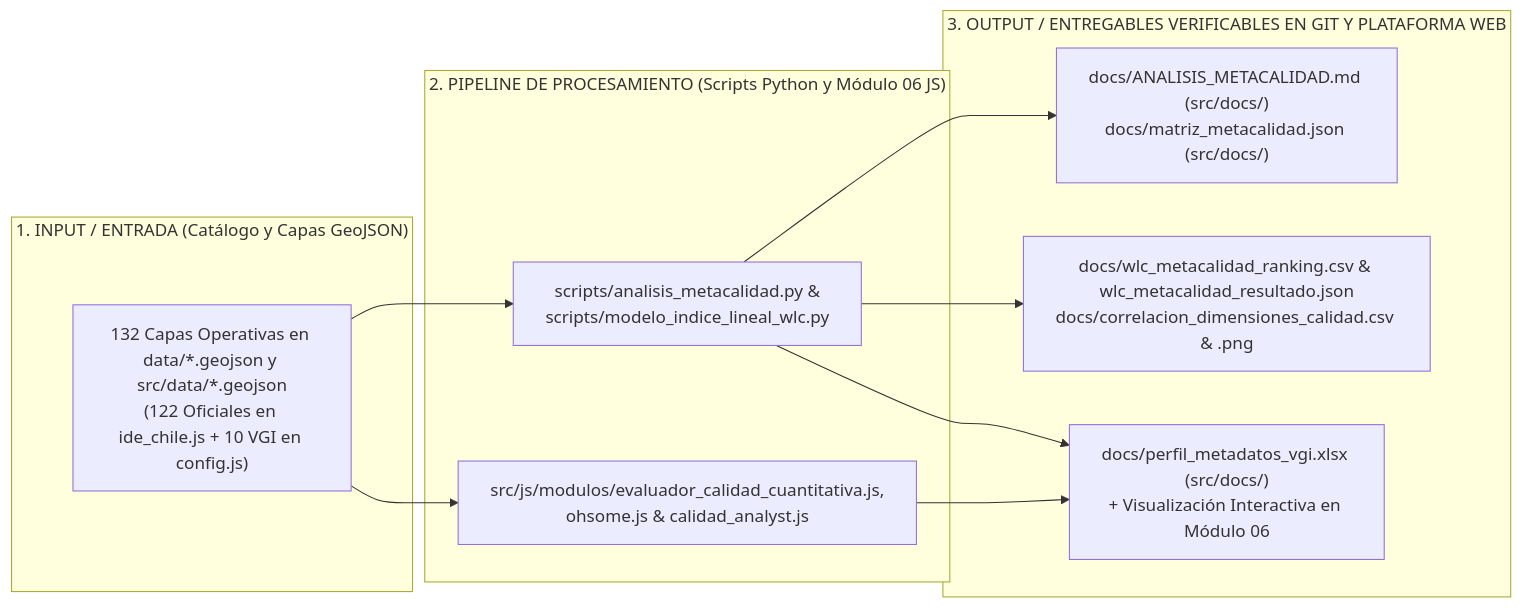
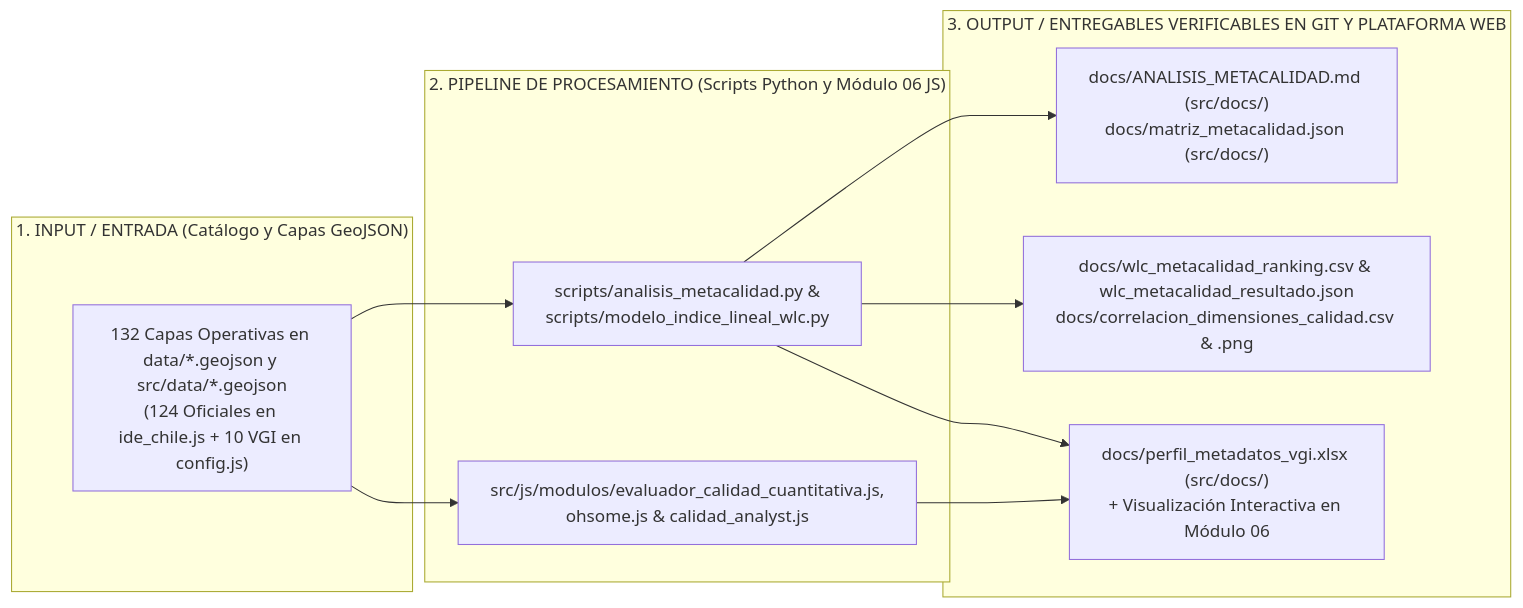
One commit to GEOJOTA/atlas_vgi_territorial changed the first of 5 diagrams in src/docs/ANALISIS_METACALIDAD.md. Above: the diagram before and after it, drawn with Mermaid. The commit also changed other lines of this file and 19 other files, not shown here.

````diff
--- a/src/docs/ANALISIS_METACALIDAD.md
+++ b/src/docs/ANALISIS_METACALIDAD.md
@@ -110,18 +110,18 @@
 ```mermaid
 flowchart LR
     subgraph IN["1. INPUT / ENTRADA (Catálogo y Capas GeoJSON)"]
-        I1["132 Capas Operativas en data/*.geojson y src/data/*.geojson<br/>(122 Oficiales en ide_chile.js + 10 VGI en config.js)"]
+        I1["132 Capas Operativas en data/*.geojson y src/data/*.geojson<br/>(124 Oficiales en ide_chile.js + 10 VGI en config.js)"]
     end
     subgraph PROC["2. PIPELINE DE PROCESAMIENTO (Scripts Python y Módulo 06 JS)"]
         P1["scripts/analisis_metacalidad.py &<br/>scripts/modelo_indice_lineal_wlc.py"]
         P2["src/js/modulos/evaluador_calidad_cuantitativa.js,<br/>ohsome.js & calidad_analyst.js"]
     end
     subgraph OUT["3. OUTPUT / ENTREGABLES VERIFICABLES EN GIT Y PLATAFORMA WEB"]
         O1["docs/ANALISIS_METACALIDAD.md (src/docs/)<br/>docs/matriz_metacalidad.json (src/docs/)"]
         O2["docs/wlc_metacalidad_ranking.csv & wlc_metacalidad_resultado.json<br/>docs/correlacion_dimensiones_calidad.csv & .png"]
         O3["docs/perfil_metadatos_vgi.xlsx (src/docs/)<br/>+ Visualización Interactiva en Módulo 06"]
     end
     I1 --> P1 & P2
     P1 --> O1 & O2 & O3
     P2 --> O3
 ```
````
